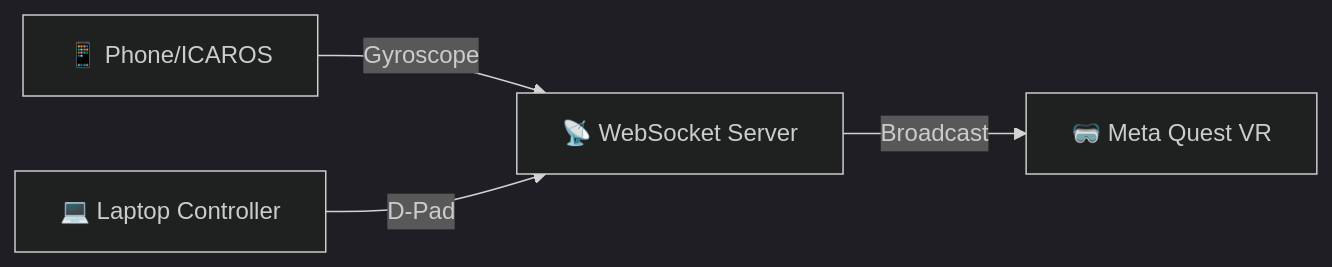
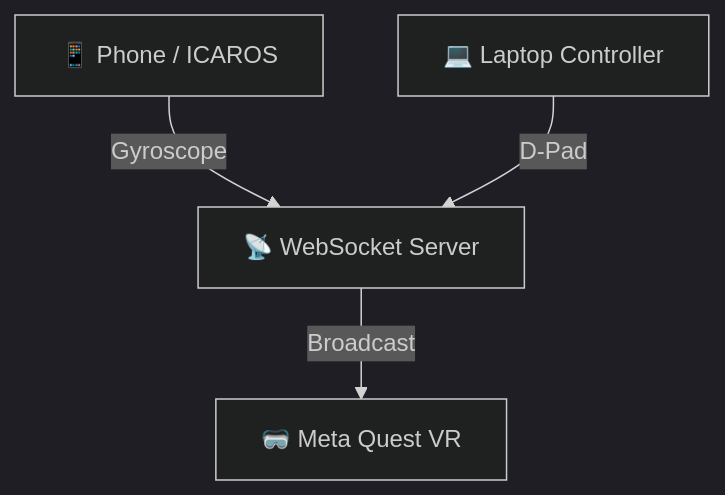
The diagram in tutorials/first-steps.md (nasti-cpu/neural-flight-v2), drawn with Mermaid (dark theme) before and after one commit. The commit also changed 5 other files, not shown here.

Commit message:
style: 💄 switch Mermaid diagrams from LR to TD

````diff
--- a/tutorials/first-steps.md
+++ b/tutorials/first-steps.md
@@ -11,6 +11,6 @@
 ```mermaid
-flowchart LR
-    Phone[📱 Phone/ICAROS] -->|Gyroscope| WS[📡 WebSocket Server]
-    Laptop[💻 Laptop Controller] -->|D-Pad| WS
-    WS -->|Broadcast| Quest[🥽 Meta Quest VR]
+flowchart TD
+    Phone["📱 Phone / ICAROS"] -->|"Gyroscope"| WS["📡 WebSocket Server"]
+    Laptop["💻 Laptop Controller"] -->|"D-Pad"| WS
+    WS -->|"Broadcast"| Quest["🥽 Meta Quest VR"]
 ```
````
